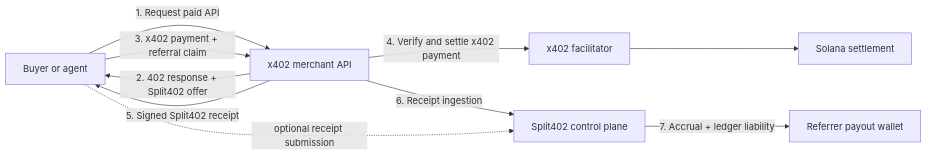
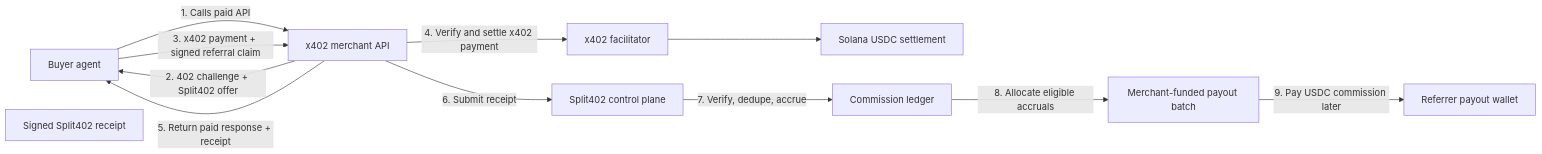
The first of 6 diagrams in README.md (split402protocol/splitx402), drawn with Mermaid before and after one commit. The commit also changed other lines of this file and 22 other files, not shown here.

````diff
--- a/README.md
+++ b/README.md
@@ -56,19 +35,23 @@
 ```mermaid
 flowchart LR
-  Buyer["Buyer or agent"]
+  Agent["Buyer agent"]
   Merchant["x402 merchant API"]
   Facilitator["x402 facilitator"]
-  Solana["Solana settlement"]
+  Chain["Solana USDC settlement"]
+  Receipt["Signed Split402 receipt"]
   Control["Split402 control plane"]
+  Ledger["Commission ledger"]
+  Payout["Merchant-funded payout batch"]
   Referrer["Referrer payout wallet"]
 
-  Buyer -->|"1. Request paid API"| Merchant
-  Merchant -->|"2. 402 response + Split402 offer"| Buyer
-  Buyer -->|"3. x402 payment + referral claim"| Merchant
+  Agent -->|"1. Calls paid API"| Merchant
+  Merchant -->|"2. 402 challenge + Split402 offer"| Agent
+  Agent -->|"3. x402 payment + signed referral claim"| Merchant
   Merchant -->|"4. Verify and settle x402 payment"| Facilitator
-  Facilitator --> Solana
-  Merchant -->|"5. Signed Split402 receipt"| Buyer
-  Merchant -->|"6. Receipt ingestion"| Control
-  Buyer -.->|"optional receipt submission"| Control
-  Control -->|"7. Accrual + ledger liability"| Referrer
+  Facilitator --> Chain
+  Merchant -->|"5. Return paid response + receipt"| Agent
+  Merchant -->|"6. Submit receipt"| Control
+  Control -->|"7. Verify, dedupe, accrue"| Ledger
+  Ledger -->|"8. Allocate eligible accruals"| Payout
+  Payout -->|"9. Pay USDC commission later"| Referrer
 ```
````
